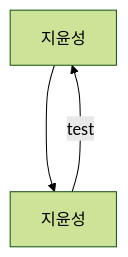
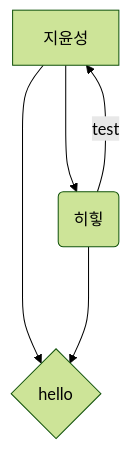
The first of 2 diagrams in README.md (JYSabcd/Project01), drawn with Mermaid (forest theme) before and after one commit. The commit also changed other lines of this file, not shown here.

Commit message:
mermaid test 추가

````diff
--- a/README.md
+++ b/README.md
@@ -4,7 +4,9 @@
 ```mermaid
 flowchart TB
-    A["지윤성"]
-    B["지윤성"]
+    A[지윤성]
+    B(히힣)
     A ---> B
     B --test--> A
+    A --> C{hello}
+    B ---> C
 ```
````
